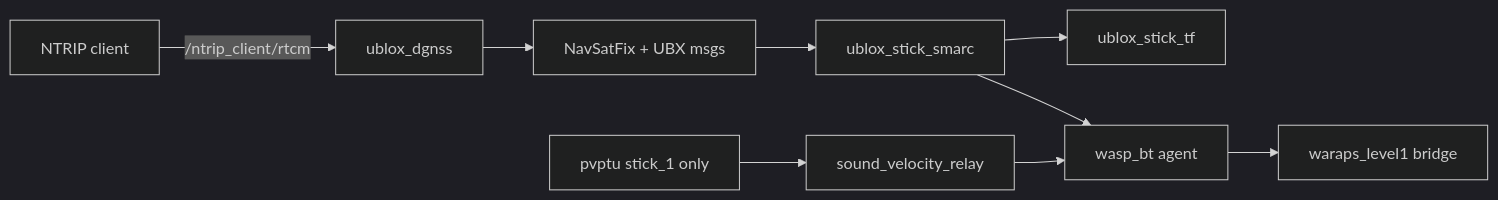
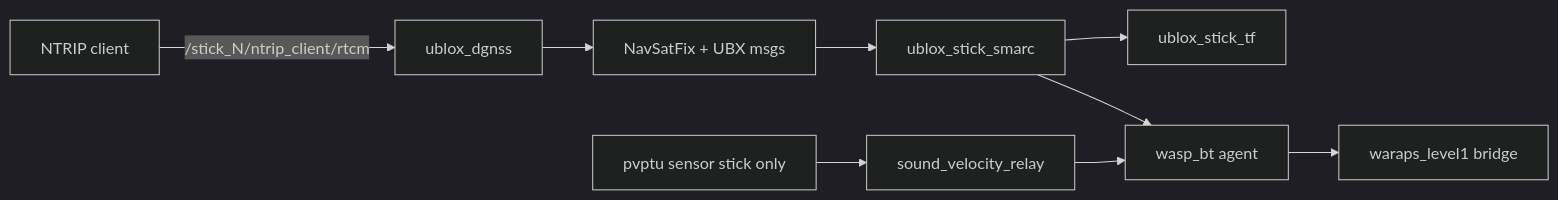
The diagram in README.md (NinjaTuna007/ublox), drawn with Mermaid (dark theme) before and after one commit. The commit also changed other lines of this file and 6 other files, not shown here.

````diff
--- a/README.md
+++ b/README.md
@@ -21,11 +21,11 @@
 ```mermaid
 flowchart LR
-  NTRIP["NTRIP client"] -->|"/ntrip_client/rtcm"| DGNSS["ublox_dgnss"]
+  NTRIP["NTRIP client"] -->|"/stick_N/ntrip_client/rtcm"| DGNSS["ublox_dgnss"]
   DGNSS --> FIX["NavSatFix + UBX msgs"]
   FIX --> SMARC["ublox_stick_smarc"]
   SMARC --> TF["ublox_stick_tf"]
   SMARC --> WARAPS["wasp_bt agent"]
-  PVPTU["pvptu stick_1 only"] --> RELAY["sound_velocity_relay"]
+  PVPTU["pvptu sensor stick only"] --> RELAY["sound_velocity_relay"]
   RELAY --> WARAPS
   WARAPS --> MQTT["waraps_level1 bridge"]
 ```
````
